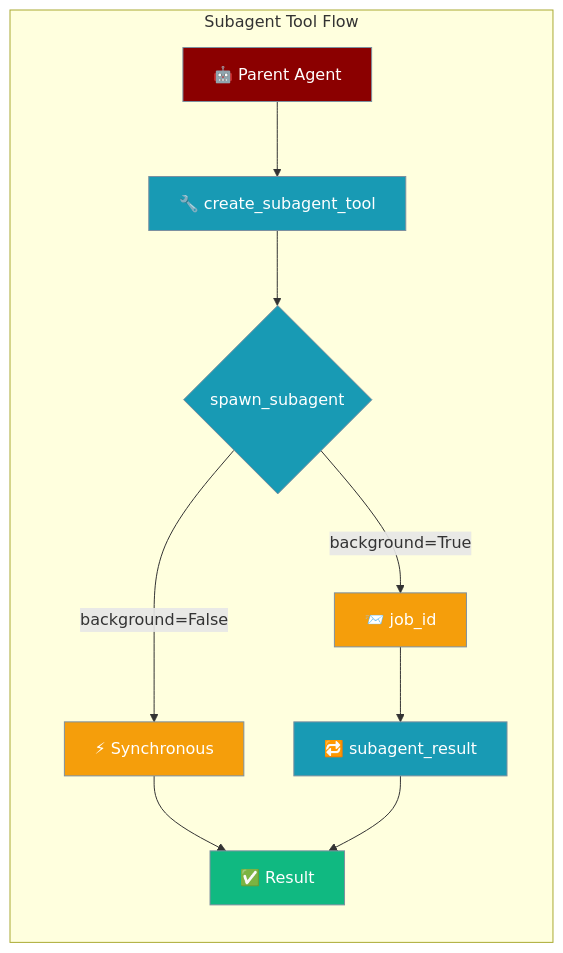
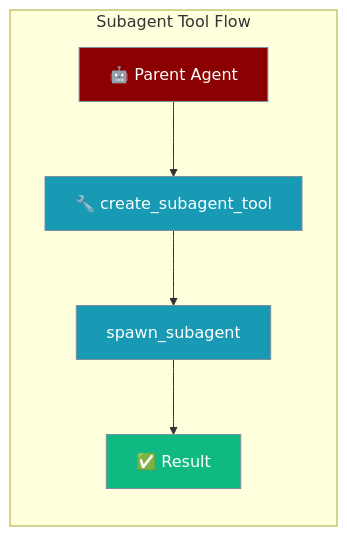
One commit to MervinPraison/PraisonAIDocs changed the first of 2 diagrams in docs/features/subagent-tool.mdx. Above: the diagram before and after it, drawn with Mermaid. The commit also changed other lines of this file, not shown here.

First line of the commit message:
fix(subagent-tool): remove undocumented background/result_tool features

````diff
--- a/docs/features/subagent-tool.mdx
+++ b/docs/features/subagent-tool.mdx
@@ -23,22 +23,16 @@
 ```mermaid
 graph LR
     subgraph "Subagent Tool Flow"
         A[🤖 Parent Agent] --> B[🔧 create_subagent_tool]
-        B --> C{spawn_subagent}
-        C -->|background=False| S[⚡ Synchronous]
-        C -->|background=True| K[📨 job_id]
-        K --> R[🔁 subagent_result]
-        S --> G[✅ Result]
-        R --> G
+        B --> C[spawn_subagent]
+        C --> G[✅ Result]
     end
 
     classDef agent fill:#8B0000,stroke:#7C90A0,color:#fff
     classDef tool fill:#189AB4,stroke:#7C90A0,color:#fff
-    classDef config fill:#F59E0B,stroke:#7C90A0,color:#fff
     classDef result fill:#10B981,stroke:#7C90A0,color:#fff
 
     class A agent
-    class B,C,R tool
-    class S,K config
+    class B,C tool
     class G result
 ```
````
